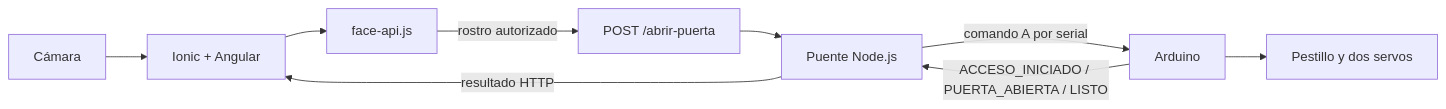
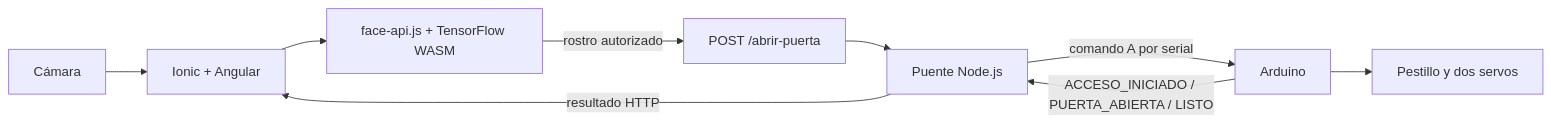
One commit to VictorEscalera/Facial changed the diagram in README.md. Above: the diagram before and after it, drawn with Mermaid. The commit also changed other lines of this file, not shown here.

````diff
--- a/README.md
+++ b/README.md
@@ -35,11 +40,11 @@
 ```mermaid
 flowchart LR
     A[Cámara] --> B[Ionic + Angular]
-    B --> C[face-api.js]
+    B --> C[face-api.js + TensorFlow WASM]
     C -->|rostro autorizado| D[POST /abrir-puerta]
     D --> E[Puente Node.js]
     E -->|comando A por serial| F[Arduino]
     F --> G[Pestillo y dos servos]
     F -->|ACCESO_INICIADO / PUERTA_ABIERTA / LISTO| E
     E -->|resultado HTTP| B
 ```
````
